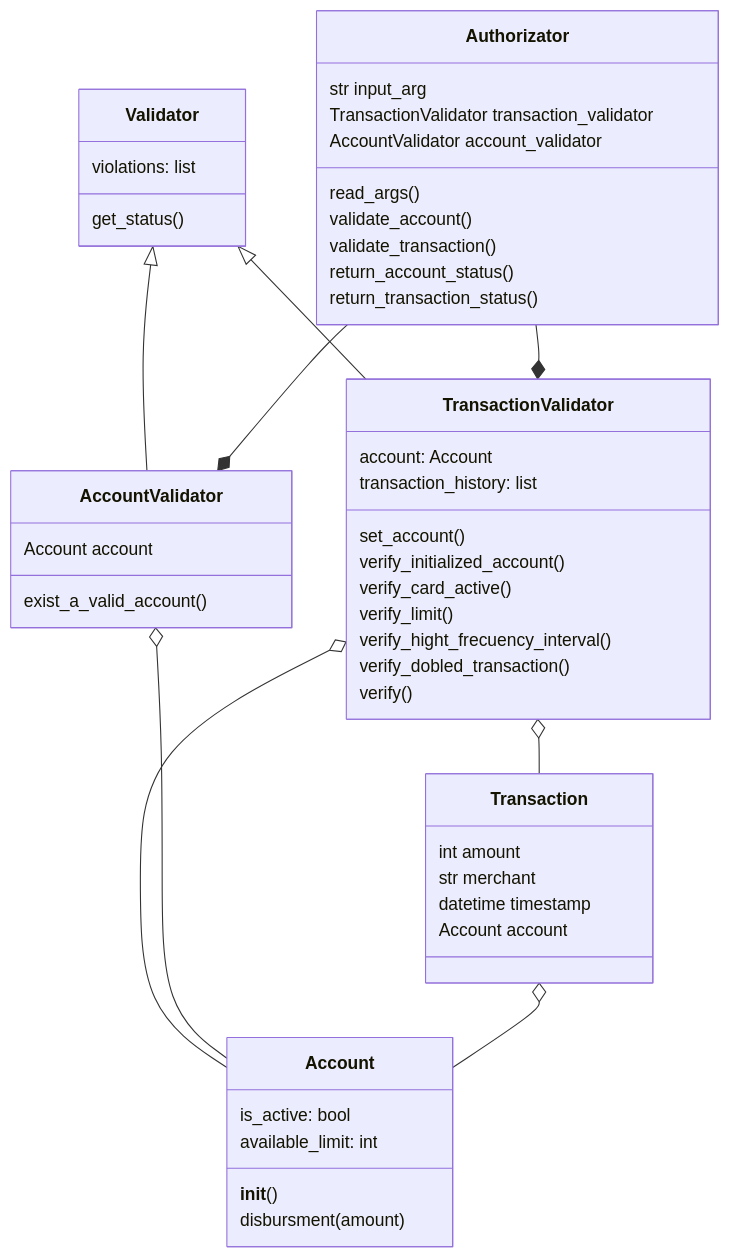
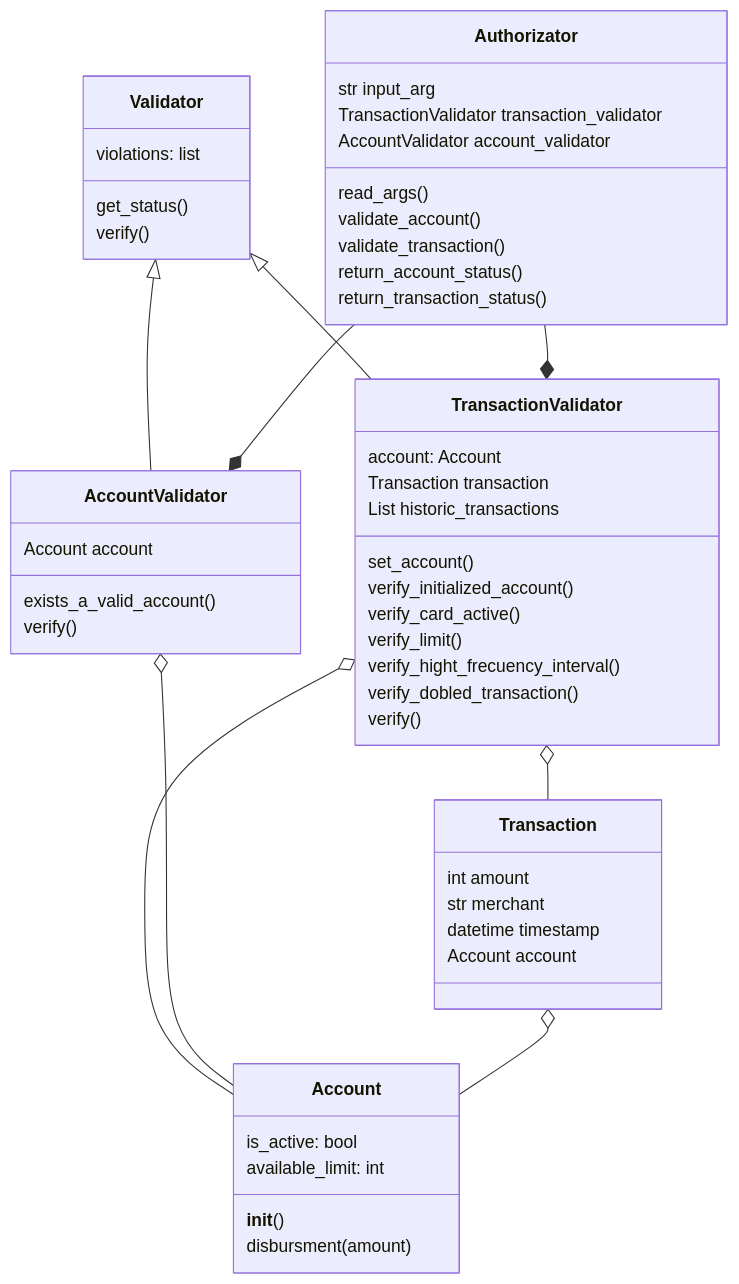
The second of 2 diagrams in README.md (jesushl/authorizer), drawn with Mermaid before and after one commit.

Commit message:
Fixing class model

````diff
--- a/README.md
+++ b/README.md
@@ -69,53 +69,56 @@
 ```mermaid
     classDiagram
 class Authorizator {
   str input_arg
   TransactionValidator transaction_validator
   AccountValidator account_validator
   read_args()
   validate_account()
   validate_transaction()
   return_account_status()
   return_transaction_status()
 }
 class Validator{
     violations: list <str>
     get_status()
+    verify()
 }
 class AccountValidator{
-    exist_a_valid_account()
+    exists_a_valid_account()
+    verify()
     Account account
 }
 class TransactionValidator{
     account: Account
-    transaction_history: list<Transaction>
+    Transaction transaction
+    List <Transaction> historic_transactions
     set_account()
     verify_initialized_account()
     verify_card_active()
     verify_limit()
     verify_hight_frecuency_interval()
     verify_dobled_transaction()
     verify()
 
 }
 class Account{
     is_active: bool
     available_limit: int
     __init__(<json_account>)
     disbursment(amount)
 }
 class Transaction{
     int amount
     str merchant
     datetime timestamp
     Account account 
 }
 TransactionValidator o--Transaction
 TransactionValidator o-- Account
 AccountValidator o-- Account
 Transaction o-- Account
 Validator <|-- AccountValidator
 Validator <|-- TransactionValidator
 Authorizator --* TransactionValidator
 Authorizator --* AccountValidator
 ```
````
